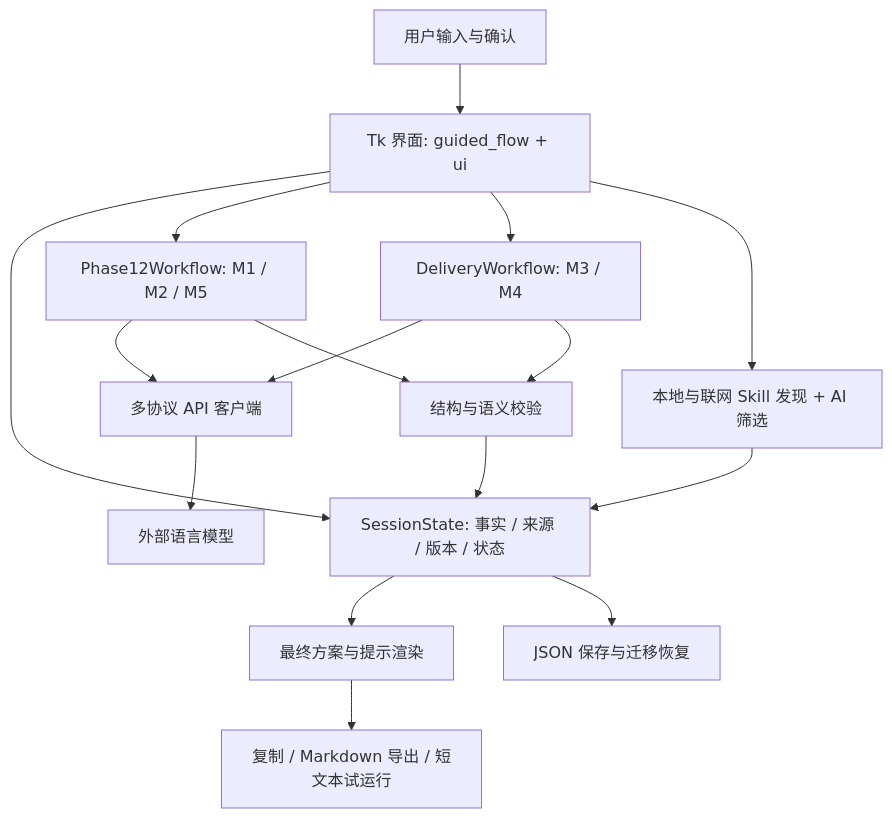
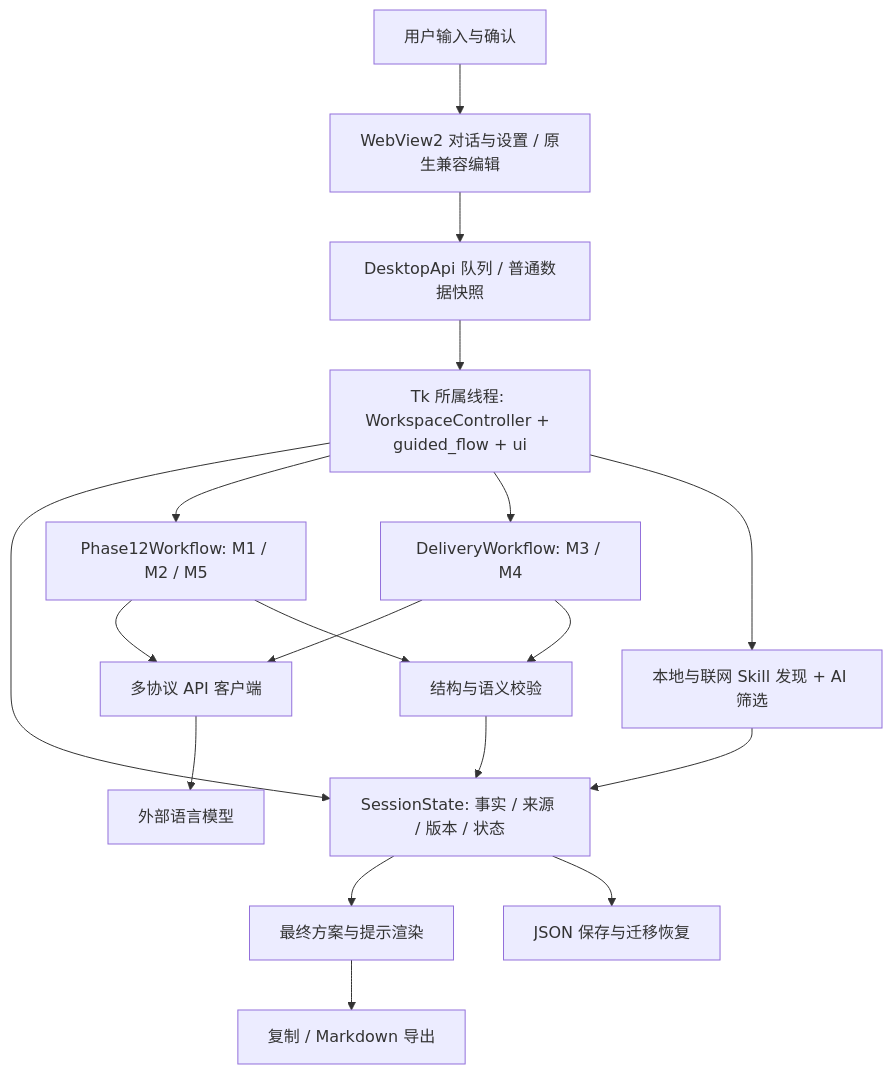
Before and after one commit to ACha-xwx/Intext: the first of 2 diagrams in docs/architecture.md, drawn with Mermaid. The commit also changed other lines of this file and 457 other files, not shown here.

Commit message:
feat: complete PromptSmith workflow and WebView2 migration

````diff
--- a/docs/architecture.md
+++ b/docs/architecture.md
@@ -9,18 +52,20 @@
 ```mermaid
 flowchart TD
-    U[用户输入与确认] --> V[Tk 界面: guided_flow + ui]
+    U[用户输入与确认] --> B[WebView2 对话与设置 / 原生兼容编辑]
+    B --> Q[DesktopApi 队列 / 普通数据快照]
+    Q --> V[Tk 所属线程: WorkspaceController + guided_flow + ui]
     V --> S[SessionState: 事实 / 来源 / 版本 / 状态]
     V --> W[Phase12Workflow: M1 / M2 / M5]
     V --> D[DeliveryWorkflow: M3 / M4]
     W --> A[多协议 API 客户端]
     D --> A
     A --> M[外部语言模型]
     W --> C[结构与语义校验]
     D --> C
     C --> S
     V --> K[本地与联网 Skill 发现 + AI 筛选]
     K --> S
     S --> F[最终方案与提示渲染]
-    F --> E[复制 / Markdown 导出 / 短文本试运行]
+    F --> E[复制 / Markdown 导出]
     S --> J[JSON 保存与迁移恢复]
 ```
````
